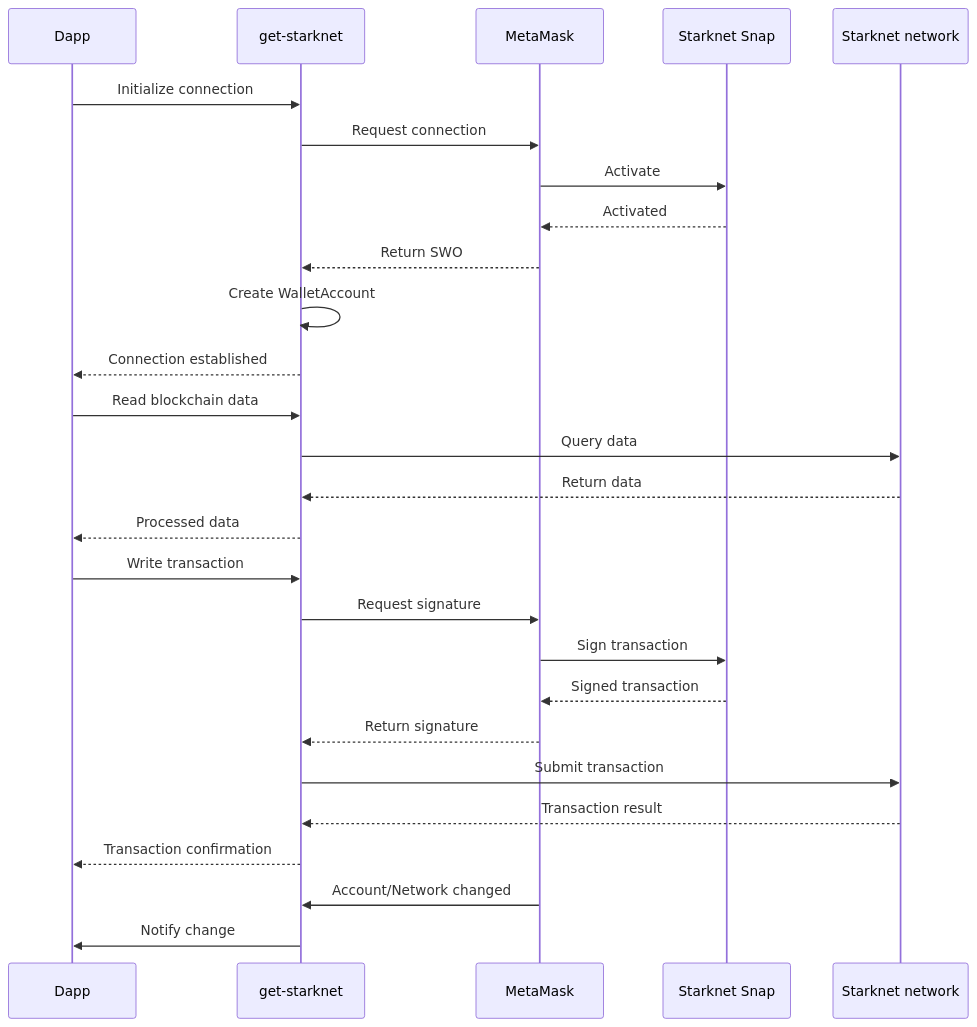
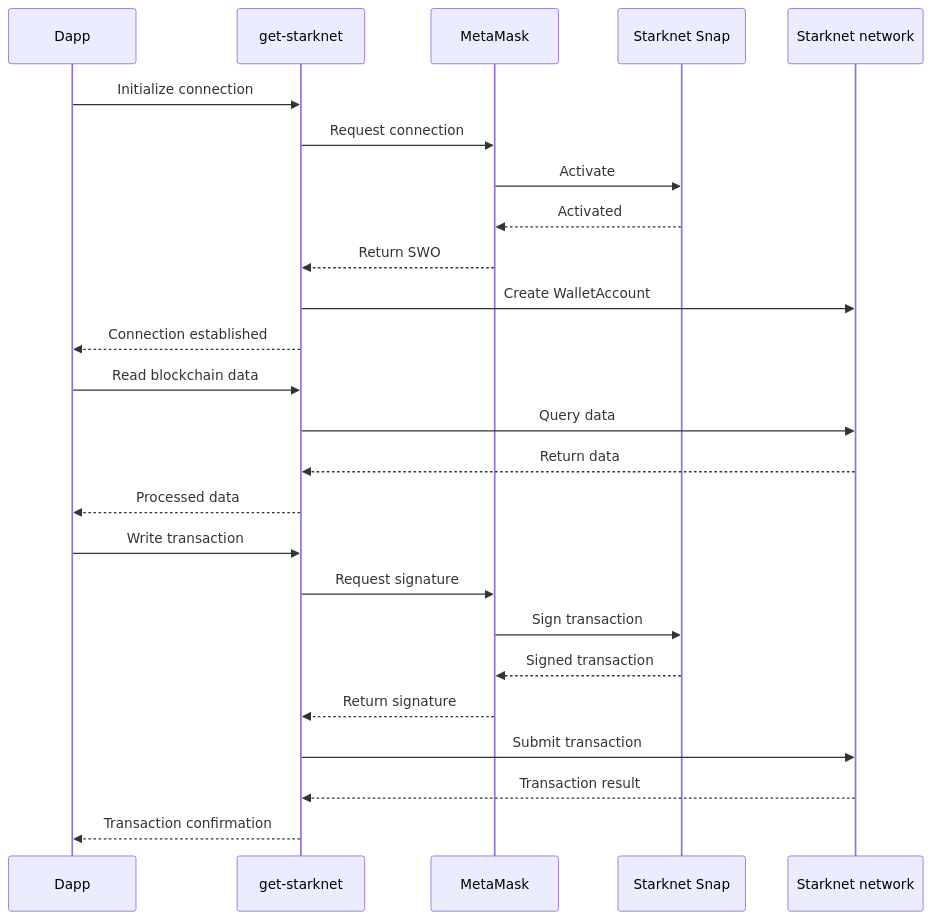
One commit to MetaMask/metamask-docs changed the diagram in wallet/how-to/use-non-evm-networks/starknet/about-get-starknet.md. Above: the diagram before and after it, drawn with Mermaid. The commit also changed 2 other files, not shown here.

Commit message:
copy edits

````diff
--- a/wallet/how-to/use-non-evm-networks/starknet/about-get-starknet.md
+++ b/wallet/how-to/use-non-evm-networks/starknet/about-get-starknet.md
@@ -32,33 +32,30 @@
 ```mermaid
 sequenceDiagram
     participant dapp as Dapp
     participant get as get-starknet
     participant mm as MetaMask
     participant Snap as Starknet Snap
     participant network as Starknet network
     
     dapp->>get: Initialize connection
     get->>mm: Request connection
     mm->>Snap: Activate
     Snap-->>mm: Activated
     mm-->>get: Return SWO
-    get->>get: Create WalletAccount
+    get->>network: Create WalletAccount
     get-->>dapp: Connection established
     
     dapp->>get: Read blockchain data
     get->>network: Query data
     network-->>get: Return data
     get-->>dapp: Processed data
     
     dapp->>get: Write transaction
     get->>mm: Request signature
     mm->>Snap: Sign transaction
     Snap-->>mm: Signed transaction
     mm-->>get: Return signature
     get->>network: Submit transaction
     network-->>get: Transaction result
     get-->>dapp: Transaction confirmation
-    
-    mm->>get: Account/Network changed
-    get->>dapp: Notify change
 ```
````
